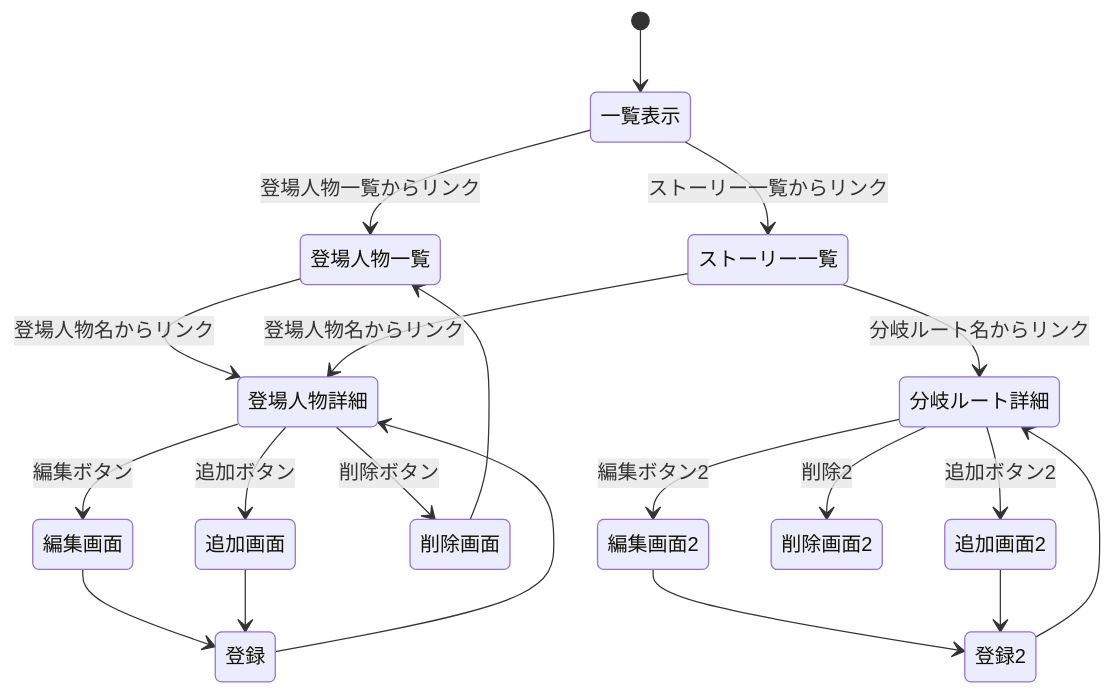
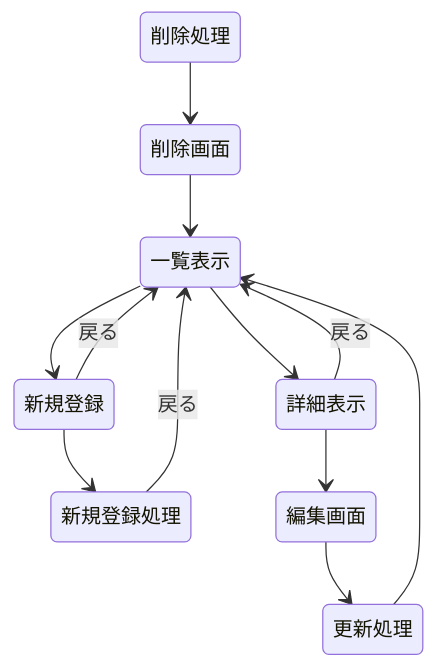
Before and after one commit to Sato907/webpro_06: the diagram in spec.md, drawn with Mermaid.

Commit message:
spec.mdの編集

````diff
--- a/spec.md
+++ b/spec.md
@@ -77,23 +87,16 @@
 ```mermaid
 stateDiagram-v2
-    [*] --> 一覧表示
-    一覧表示 --> 登場人物一覧: 登場人物一覧からリンク
-　　登場人物一覧 --> 登場人物詳細: 登場人物名からリンク
-    登場人物詳細 --> 編集画面: 編集ボタン
-    編集画面 --> 登録
-    登録 --> 登場人物詳細
-    登場人物詳細 --> 追加画面: 追加ボタン
-    追加画面 --> 登録
-    登場人物詳細--> 削除画面: 削除ボタン
-    削除画面 --> 登場人物一覧
-     一覧表示 --> ストーリー一覧:ストーリー一覧からリンク
-     ストーリー一覧 --> 分岐ルート詳細:分岐ルート名からリンク
-     ストーリー一覧 --> 登場人物詳細:登場人物名からリンク
-     分岐ルート詳細 --> 編集画面2: 編集ボタン2
-     編集画面2 --> 登録2
-     登録2 --> 分岐ルート詳細
-     分岐ルート詳細 --> 追加画面2: 追加ボタン2
-     追加画面2 --> 登録2
-     分岐ルート詳細--> 削除画面2: 削除2
+    一覧表示 --> 詳細表示
+    一覧表示 --> 新規登録
+    新規登録 --> 一覧表示:戻る
+    新規登録 --> 新規登録処理
+    新規登録処理　--> 一覧表示:戻る
+    詳細表示 --> 一覧表示:戻る
+    詳細表示 --> 編集画面
+    編集画面 --> 更新処理
+    更新処理 --> 一覧表示
+    削除処理 --> 削除画面
+    削除画面 --> 一覧表示
+
 
 ```
````
